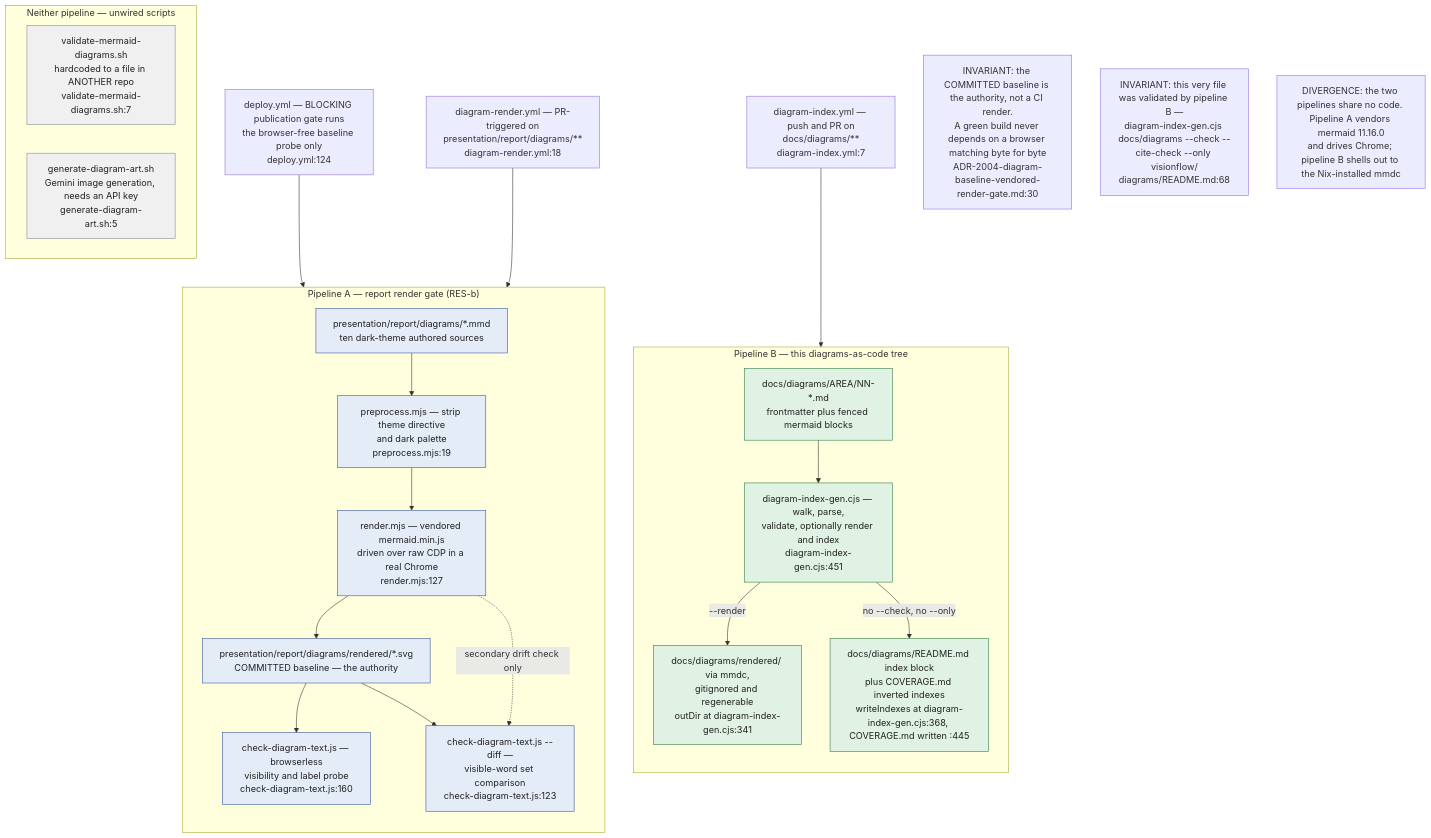
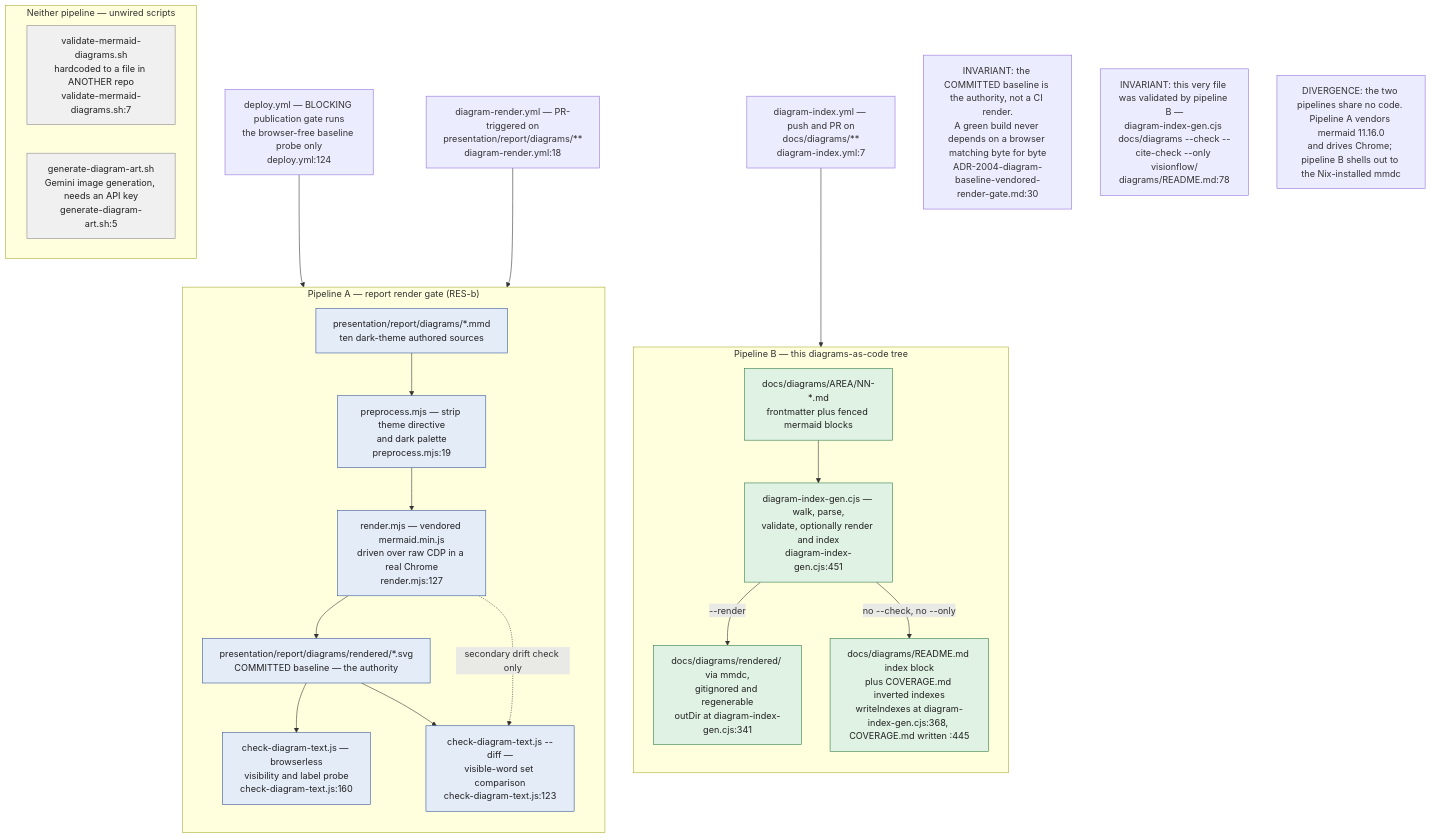
One commit to DreamLab-AI/VisionFlow changed the first of 14 diagrams in docs/diagrams/visionflow/06-diagram-tooling.md. Above: the diagram before and after it, drawn with Mermaid. The commit also changed other lines of this file and 7 other files, not shown here.

````diff
--- a/docs/diagrams/visionflow/06-diagram-tooling.md
+++ b/docs/diagrams/visionflow/06-diagram-tooling.md
@@ -31,44 +35,44 @@
 ```mermaid
 flowchart TB
     classDef pipeA fill:#e4ecf8,stroke:#33559a,color:#222
     classDef pipeB fill:#e0f2e4,stroke:#2f7a45,color:#222
     classDef orphan fill:#f0f0f0,stroke:#888,color:#222
 
     subgraph A["Pipeline A — report render gate (RES-b)"]
         direction TB
         AS["presentation/report/diagrams/*.mmd<br/>ten dark-theme authored sources"]:::pipeA
         APRE["preprocess.mjs — strip theme directive<br/>and dark palette<br/>preprocess.mjs:19"]:::pipeA
         AREN["render.mjs — vendored mermaid.min.js<br/>driven over raw CDP in a real Chrome<br/>render.mjs:127"]:::pipeA
         ABASE["presentation/report/diagrams/rendered/*.svg<br/>COMMITTED baseline — the authority"]:::pipeA
         ACHK["check-diagram-text.js — browserless<br/>visibility and label probe<br/>check-diagram-text.js:160"]:::pipeA
         ADIFF["check-diagram-text.js --diff —<br/>visible-word set comparison<br/>check-diagram-text.js:123"]:::pipeA
         AS --> APRE --> AREN --> ABASE
         ABASE --> ACHK
         AREN -.->|"secondary drift check only"| ADIFF
         ABASE --> ADIFF
     end
 
     subgraph B["Pipeline B — this diagrams-as-code tree"]
         direction TB
         BS["docs/diagrams/AREA/NN-*.md<br/>frontmatter plus fenced mermaid blocks"]:::pipeB
         BGEN["diagram-index-gen.cjs — walk, parse,<br/>validate, optionally render and index<br/>diagram-index-gen.cjs:451"]:::pipeB
         BREND["docs/diagrams/rendered/ via mmdc,<br/>gitignored and regenerable<br/>outDir at diagram-index-gen.cjs:341"]:::pipeB
         BIDX["docs/diagrams/README.md index block<br/>plus COVERAGE.md inverted indexes<br/>writeIndexes at diagram-index-gen.cjs:368, COVERAGE.md written :445"]:::pipeB
         BS --> BGEN
         BGEN -->|"--render"| BREND
         BGEN -->|"no --check, no --only"| BIDX
     end
 
     WA["diagram-render.yml — PR-triggered on<br/>presentation/report/diagrams/**<br/>diagram-render.yml:18"] --> A
     WB["diagram-index.yml — push and PR on<br/>docs/diagrams/**<br/>diagram-index.yml:7"] --> B
     WD["deploy.yml — BLOCKING publication gate runs<br/>the browser-free baseline probe only<br/>deploy.yml:124"] --> ACHK
 
     subgraph O["Neither pipeline — unwired scripts"]
         OV["validate-mermaid-diagrams.sh<br/>hardcoded to a file in ANOTHER repo<br/>validate-mermaid-diagrams.sh:7"]:::orphan
         OG["generate-diagram-art.sh<br/>Gemini image generation, needs an API key<br/>generate-diagram-art.sh:5"]:::orphan
     end
 
     NOTE1["INVARIANT: the COMMITTED baseline is the authority, not a CI render.<br/>A green build never depends on a browser matching byte for byte<br/>ADR-2004-diagram-baseline-vendored-render-gate.md:30"]
-    NOTE2["INVARIANT: this very file was validated by pipeline B —<br/>diagram-index-gen.cjs docs/diagrams --check --cite-check --only visionflow/<br/>diagrams/README.md:68"]
+    NOTE2["INVARIANT: this very file was validated by pipeline B —<br/>diagram-index-gen.cjs docs/diagrams --check --cite-check --only visionflow/<br/>diagrams/README.md:78"]
     NOTE3["DIVERGENCE: the two pipelines share no code. Pipeline A vendors mermaid 11.16.0<br/>and drives Chrome; pipeline B shells out to the Nix-installed mmdc"]
 ```
````
